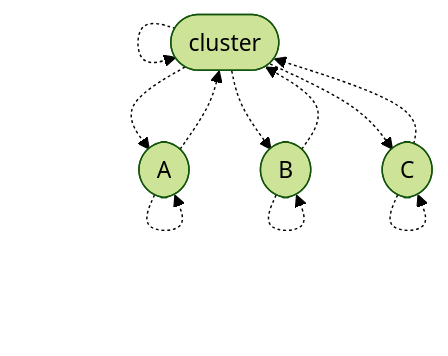
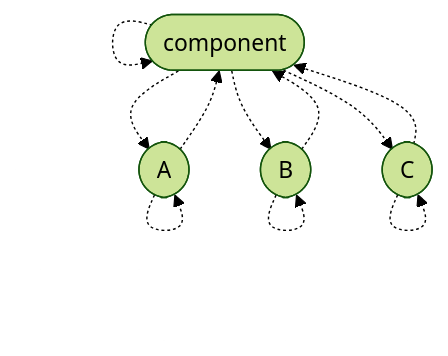
Before and after one commit to stepchowfun/proofs: diagram 19 of 22 in proofs/AdmissibilityGraph/README.md, drawn with Mermaid (forest theme). The commit also changed other lines of this file and 3 other files, not shown here.

Commit message:
Wordsmith the admissibility graph README

````diff
--- a/proofs/AdmissibilityGraph/README.md
+++ b/proofs/AdmissibilityGraph/README.md
@@ -370,18 +370,18 @@
 ```mermaid
 flowchart TD
-  m([cluster])
+  m([component])
   a([A])
   b([B])
   c([C])
 
   m -.-> m
   a -.-> a
   b -.-> b
   c -.-> c
   m -.-> a
   m -.-> b
   m -.-> c
   a -.-> m
   b -.-> m
   c -.-> m
 ```
````
